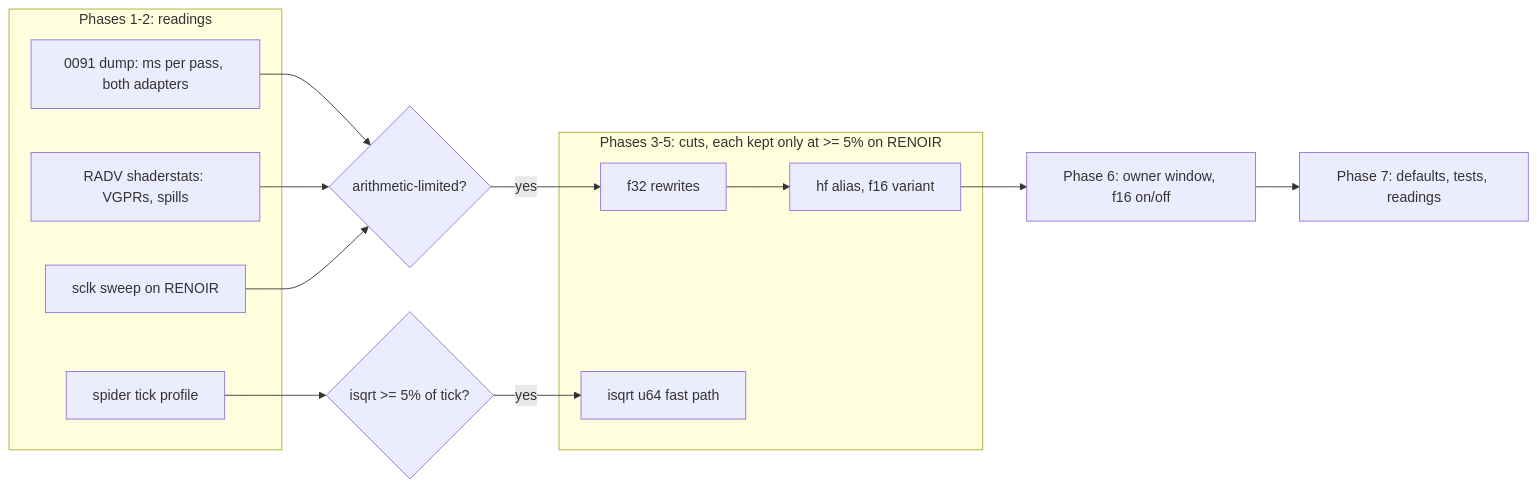
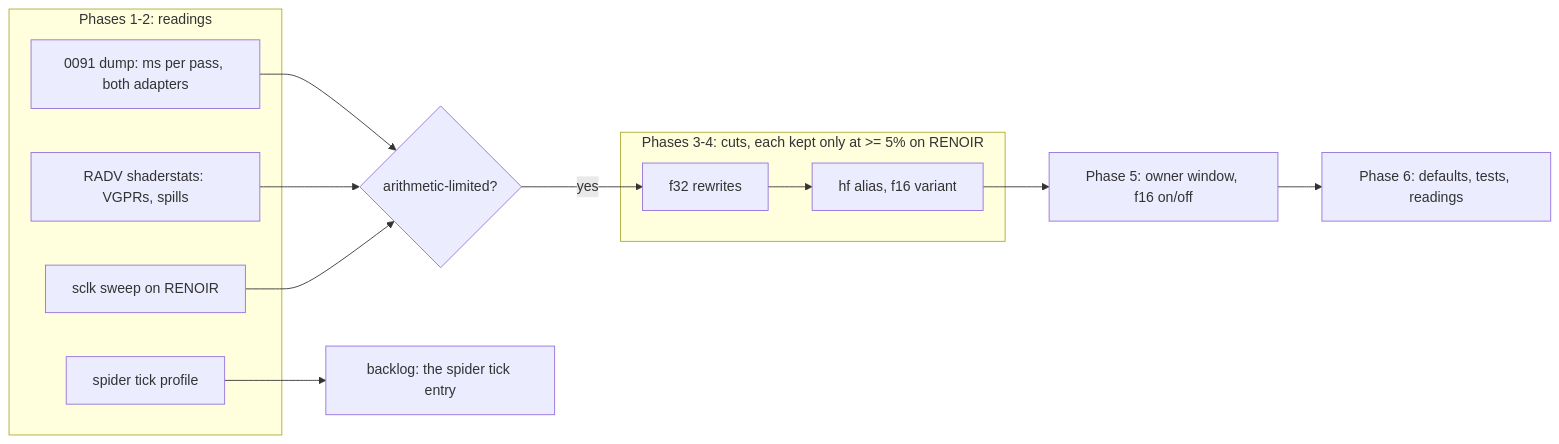
The diagram in docs/plans/0110-the-math-hot-paths-measured-then-cut-shader-math-f16-and-the-integer-root.md (IgorKonovalov/voxel-engine), drawn with Mermaid before and after one commit. The commit also changed other lines of this file and 2 other files, not shown here.

First line of the commit message:
docs(plans): plan 0110 drops the isqrt phase (owner)

````diff
--- a/docs/plans/0110-the-math-hot-paths-measured-then-cut-shader-math-f16-and-the-integer-root.md
+++ b/docs/plans/0110-the-math-hot-paths-measured-then-cut-shader-math-f16-and-the-integer-root.md
@@ -92,22 +96,20 @@
 ```mermaid
 flowchart LR
     subgraph read [Phases 1-2: readings]
         D[0091 dump: ms per pass, both adapters]
         S[RADV shaderstats: VGPRs, spills]
         C[sclk sweep on RENOIR]
         T[spider tick profile]
     end
     D --> R{arithmetic-limited?}
     S --> R
     C --> R
-    T --> Q{isqrt >= 5% of tick?}
-    subgraph cut [Phases 3-5: cuts, each kept only at >= 5% on RENOIR]
+    T --> B[backlog: the spider tick entry]
+    subgraph cut [Phases 3-4: cuts, each kept only at >= 5% on RENOIR]
         F32[f32 rewrites]
         F16[hf alias, f16 variant]
-        U64[isqrt u64 fast path]
     end
     R -- yes --> F32 --> F16
-    Q -- yes --> U64
-    F16 --> W[Phase 6: owner window, f16 on/off]
-    W --> G[Phase 7: defaults, tests, readings]
+    F16 --> W[Phase 5: owner window, f16 on/off]
+    W --> G[Phase 6: defaults, tests, readings]
 ```
````
